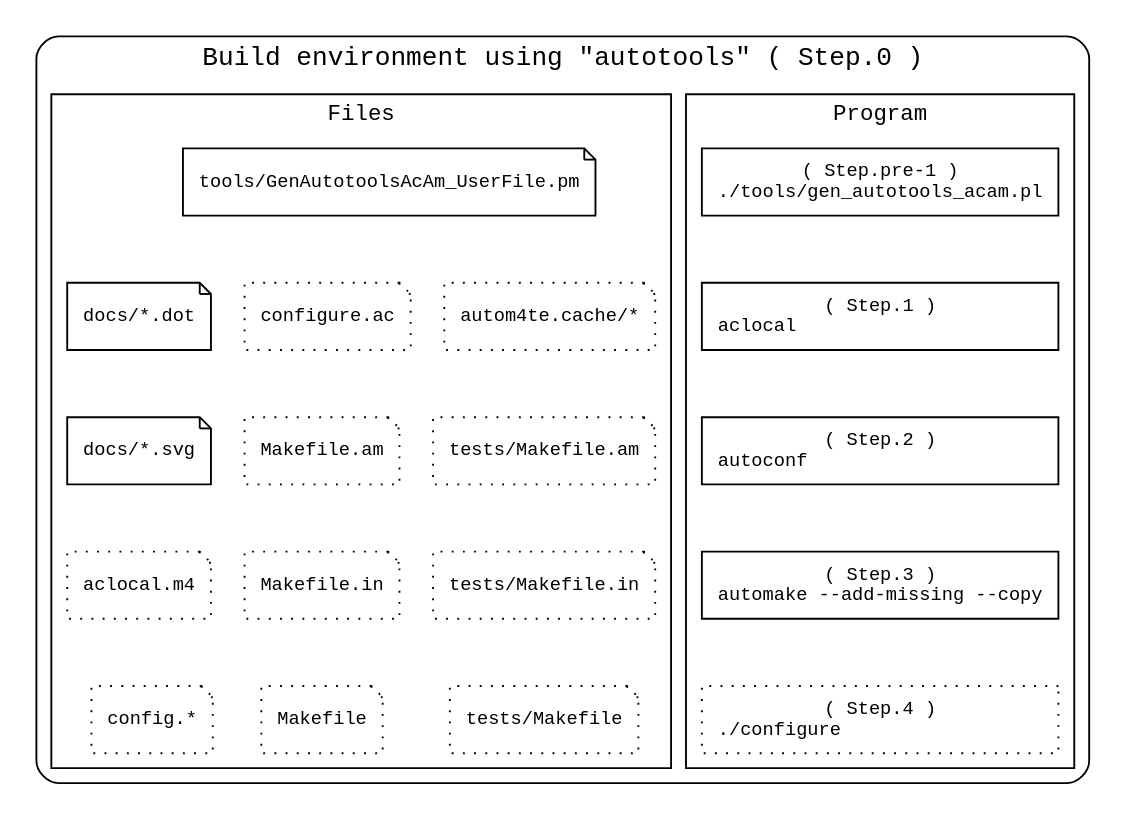
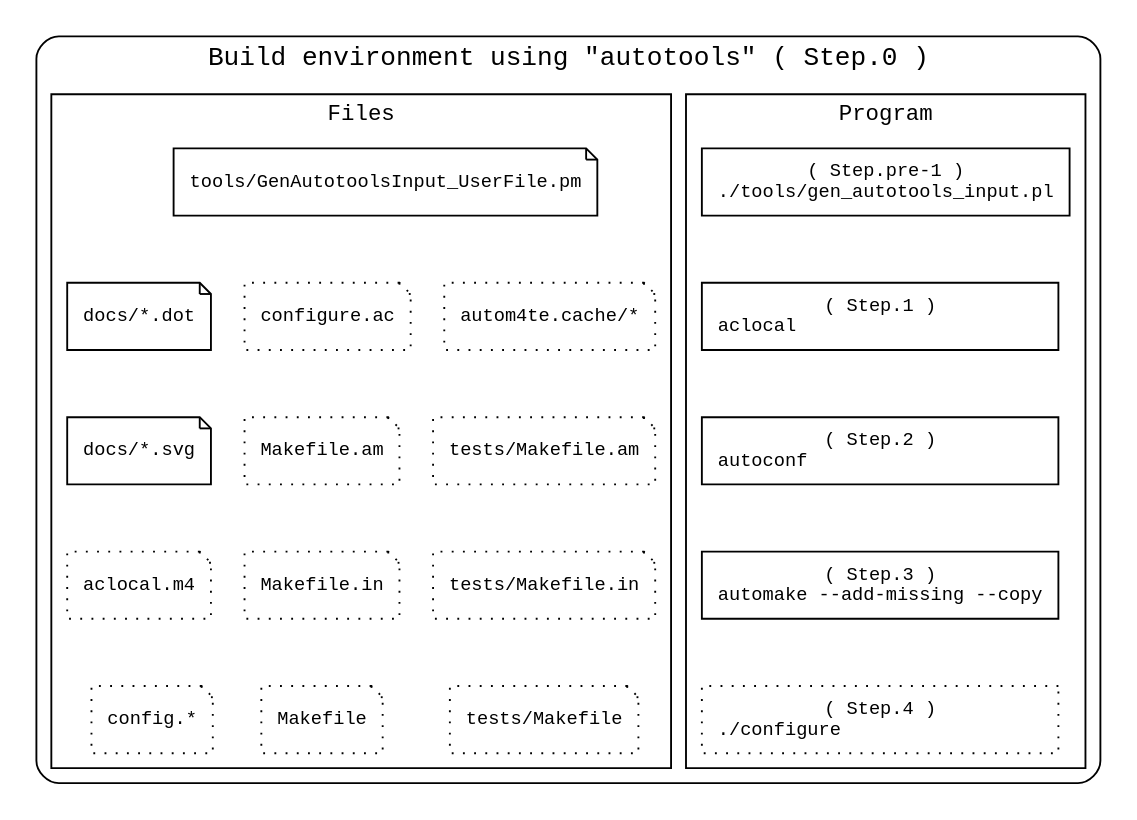
The diagram in docs/img/devel_step_0.dot (tomyama-code/tomyama_script_collection), drawn with Graphviz before and after one commit. The commit also changed 39 other files, not shown here.

```diff
--- a/docs/img/devel_step_0.dot
+++ b/docs/img/devel_step_0.dot
@@ -1,85 +1,85 @@
 // File: docs/devel_step_0.dot
 // Author: tomyama
 // Purpose: Development workflow diagram
 
 digraph physical_directory_structure {
     newrank=true
     constraint=false
 
     // 全体に等幅フォントを適用
     //   ex) "monospace", "Courier", "Courier New", "Consolas", "Monaco"
     graph [fontname="monospace"]
     node  [fontname="monospace", fontsize=10, penwidth=1]
     edge  [fontname="monospace"]
 
     // 図全体を囲うクラスタ
     subgraph cluster_all {
 
         label = "Build environment using \"autotools\" ( Step.0 )"
         style = "rounded"   // 角を丸くする
         color = "black"     // 枠線の色
         penwidth = 1        // 枠線の太さ
 
         // プログラム
         subgraph cluster_program {
             label = "Program"
             style = "solid"
             penwidth = 1        // 枠線の太さ
             fontsize=12
             {
                 edge [style=invis];
                 program01 -> program02 -> program03 -> program04 -> program05
             }
-            program01 [shape=box, style=solid , label="( Step.pre-1 )\n./tools/gen_autotools_acam.pl"]
+            program01 [shape=box, style=solid , label="( Step.pre-1 )\n./tools/gen_autotools_input.pl"]
             program02 [shape=box, style=solid , label="( Step.1 )\naclocal                      "]
             program03 [shape=box, style=solid , label="( Step.2 )\nautoconf                     "]
             program04 [shape=box, style=solid , label="( Step.3 )\nautomake --add-missing --copy"]
             program05 [shape=box, style=dotted, label="( Step.4 )\n./configure                  "]
         }
 
         // ファイル
         subgraph cluster_file {
             label = "Files"
             style = "solid"
             penwidth = 1        // 枠線の太さ
             fontsize=12
             {
                 edge [style=invis];
                 file13 -> file01 -> file02 -> file03 -> file04
                 file13 -> file05 -> file06 -> file07 -> file08
                 file13 -> file09 -> file10 -> file11 -> file12
             }
 
-            file13 [shape=note, style=solid , label="tools/GenAutotoolsAcAm_UserFile.pm"]
+            file13 [shape=note, style=solid , label="tools/GenAutotoolsInput_UserFile.pm"]
             file01 [shape=note, style=solid , label="docs/*.dot"]
             file02 [shape=note, style=solid , label="docs/*.svg"]
             file03 [shape=note, style=dotted, label="aclocal.m4"]
             file04 [shape=note, style=dotted, label="config.*"]
             file05 [shape=note, style=dotted, label="configure.ac"]
             file06 [shape=note, style=dotted, label="Makefile.am"]
             file07 [shape=note, style=dotted, label="Makefile.in"]
             file08 [shape=note, style=dotted, label="Makefile"]
             file09 [shape=note, style=dotted, label="autom4te.cache/*"]
             file10 [shape=note, style=dotted, label="tests/Makefile.am"]
             file11 [shape=note, style=dotted, label="tests/Makefile.in"]
             file12 [shape=note, style=dotted, label="tests/Makefile"]
         }
 
         {
             edge [style=invis];
             file13 -> program01
             file01 -> file05 -> file09 -> program02
             file02 -> file06 -> file10 -> program03
             file03 -> file07 -> file11 -> program04
             file04 -> file08 -> file12 -> program05
         }
         {rank=same; program01; file13}
         {rank=same; program02; file01; file05; file09}
         {rank=same; program03; file02; file06; file10}
         {rank=same; program04; file03; file07; file11}
         {rank=same; program05; file04; file08; file12}
 
         // スクリプトとドキュメントの関係
 //        file01 -> program01 -> file08
     }
 }
```
